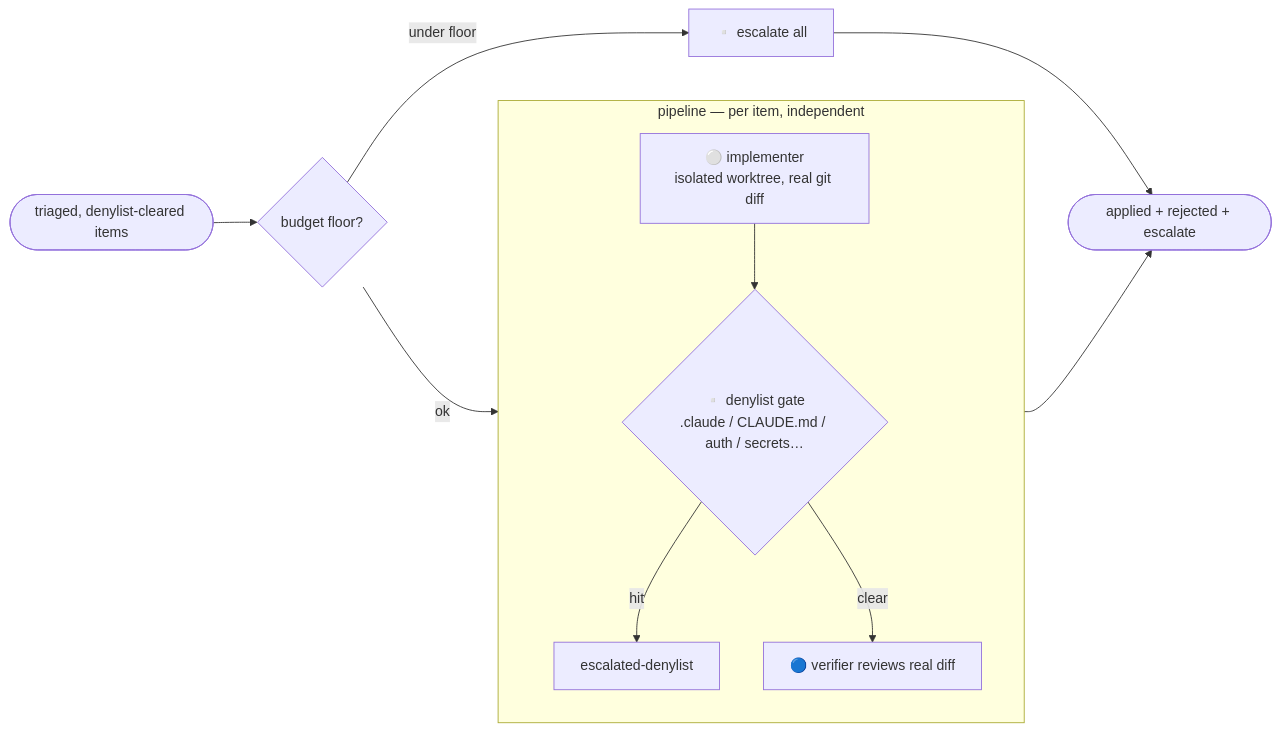
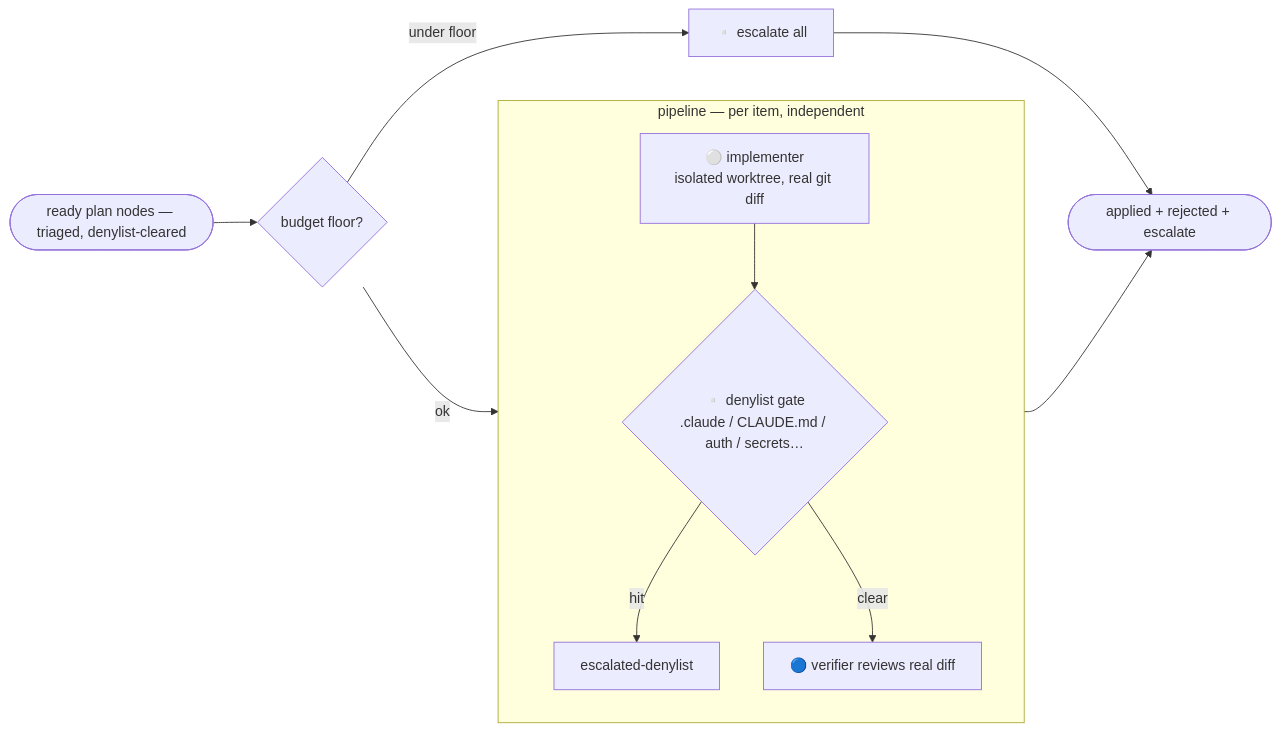
The sixth of 6 diagrams in docs/workflow-graphs.md (dominno/loop-setup), drawn with Mermaid before and after one commit. The commit also changed 6 other files, not shown here.

````diff
--- a/docs/workflow-graphs.md
+++ b/docs/workflow-graphs.md
@@ -122,13 +122,13 @@
 ```mermaid
 flowchart LR
-  items([triaged, denylist-cleared items]) --> budget{budget floor?}
+  items([ready plan nodes — triaged, denylist-cleared]) --> budget{budget floor?}
   budget -- "under floor" --> esc0[▫️ escalate all]
   budget -- ok --> P
   subgraph P["pipeline — per item, independent"]
     impl[⚪ implementer<br/>isolated worktree, real git diff] --> dl{▫️ denylist gate<br/>.claude / CLAUDE.md / auth / secrets…}
     dl -- hit --> escd[escalated-denylist]
     dl -- clear --> ver[🔵 verifier reviews real diff]
   end
   P --> out([applied + rejected + escalate])
   esc0 --> out
 ```
````
